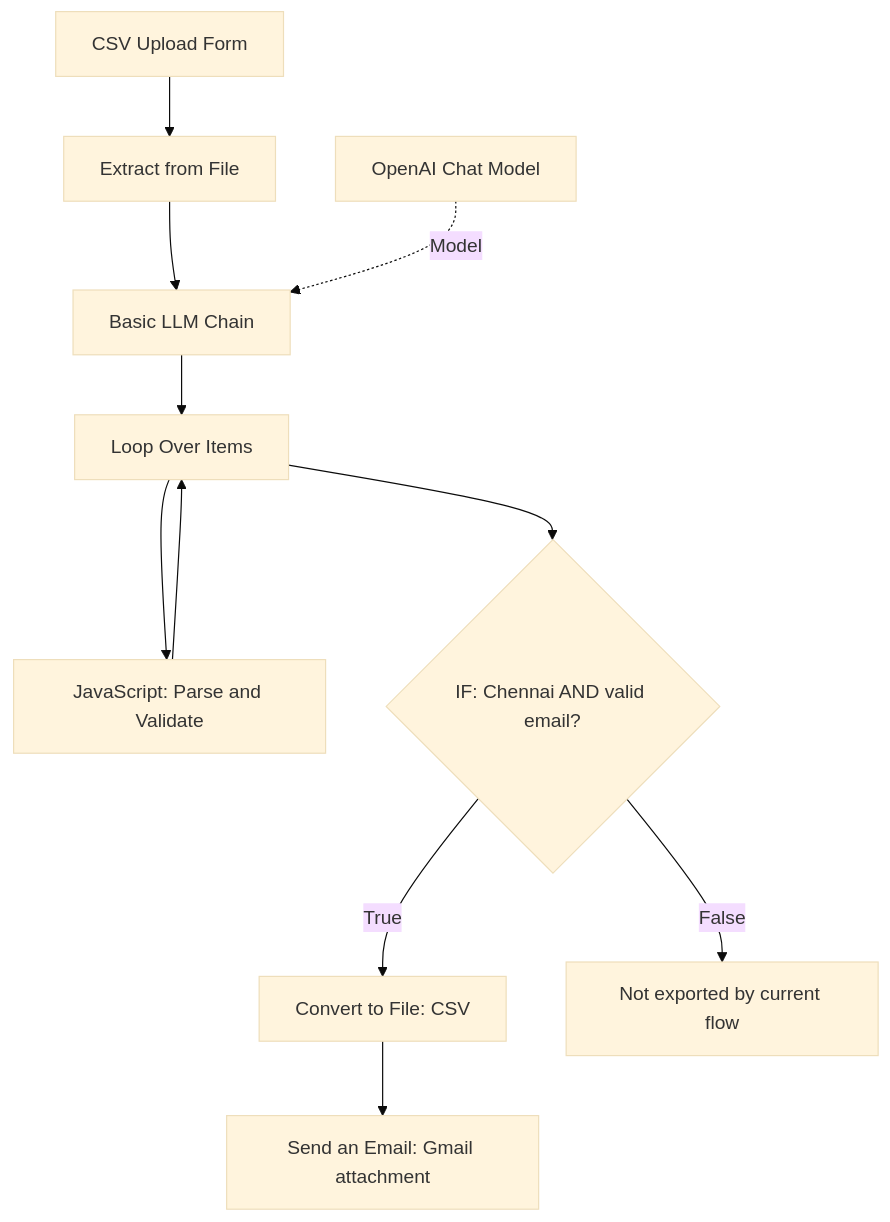
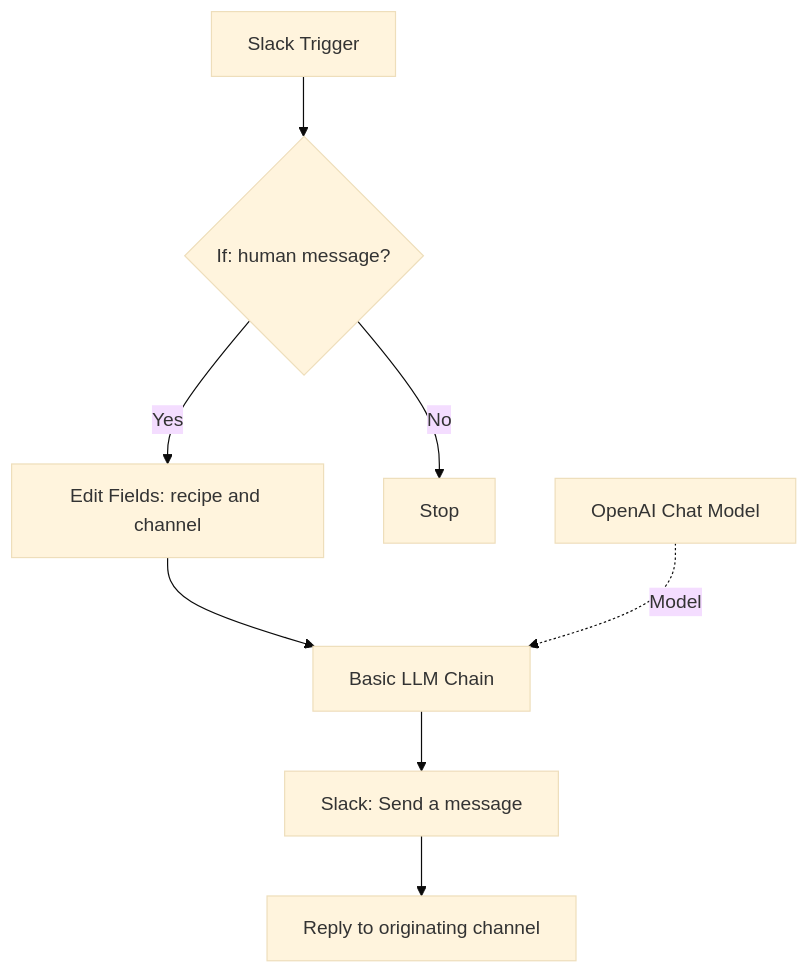
The diagram in README.md (ksmurari1/n8n-slack-recipe-bot), drawn with Mermaid (base theme) before and after one commit. The commit also changed other lines of this file and 7 other files, not shown here.

````diff
--- a/README.md
+++ b/README.md
@@ -31,13 +13,10 @@
 ```mermaid
 flowchart TD
-    A[CSV Upload Form] --> B[Extract from File]
-    B --> C[Basic LLM Chain]
-    M[OpenAI Chat Model] -. Model .-> C
-    C --> D[Loop Over Items]
-    D --> E[JavaScript: Parse and Validate]
-    E --> D
-    D --> F{IF: Chennai AND valid email?}
-    F -- True --> G[Convert to File: CSV]
-    G --> H[Send an Email: Gmail attachment]
-    F -- False --> I[Not exported by current flow]
+    A[Slack Trigger] --> B{If: human message?}
+    B -- Yes --> C[Edit Fields: recipe and channel]
+    B -- No --> X[Stop]
+    C --> D[Basic LLM Chain]
+    M[OpenAI Chat Model] -. Model .-> D
+    D --> E[Slack: Send a message]
+    E --> F[Reply to originating channel]
 ```
````
